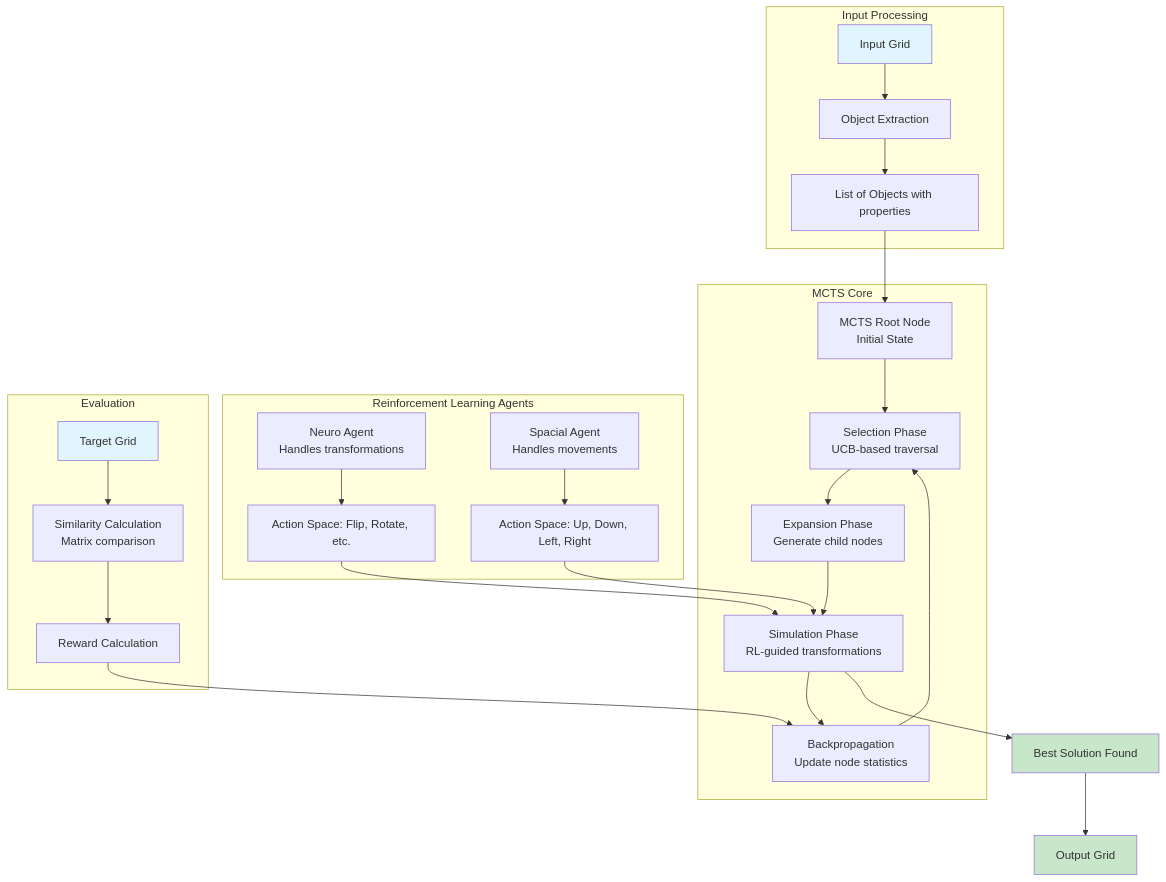
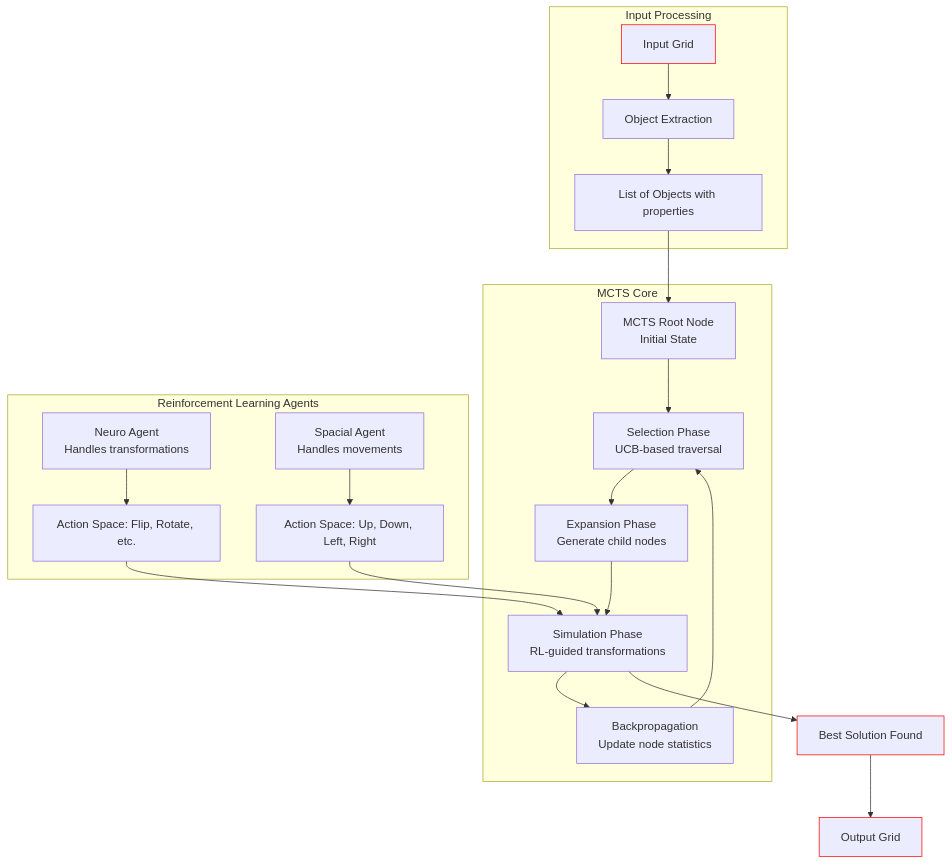
Before and after one commit to arnavam/arc-prize: the diagram in README.md, drawn with Mermaid. The commit also changed other lines of this file, not shown here.

````diff
--- a/README.md
+++ b/README.md
@@ -28,39 +28,67 @@
 ```mermaid
 
+  
+
 graph TB
-    subgraph "Input Processing"
-        A[Input Grid] --> B[Object Extraction]
-        B --> C[List of Objects with properties]
-    end
 
-    subgraph "MCTS Core"
-        D[MCTS Root Node<br/>Initial State] --> E[Selection Phase<br/>UCB-based traversal]
-        E --> F[Expansion Phase<br/>Generate child nodes]
-        F --> G[Simulation Phase<br/>RL-guided transformations]
-        G --> H[Backpropagation<br/>Update node statistics]
-        H --> E
-    end
+subgraph "Input Processing"
 
-    subgraph "Reinforcement Learning Agents"
-        I[Neuro Agent<br/>Handles transformations] --> J[Action Space: Flip, Rotate, etc.]
-        K[Spacial Agent<br/>Handles movements] --> L[Action Space: Up, Down, Left, Right]
-    end
+A[Input Grid] --> B[Object Extraction]
 
-    subgraph "Evaluation"
-        M[Target Grid] --> N[Similarity Calculation<br/>Matrix comparison]
-        N --> O[Reward Calculation]
-    end
+B --> C[List of Objects with properties]
 
-    C --> D
-    J --> G
-    L --> G
-    O --> H
-    
-    G --> P[Best Solution Found]
-    P --> Q[Output Grid]
+end
 
-    style A fill:#e1f5fe
-    style M fill:#e1f5fe
-    style P fill:#c8e6c9
-    style Q fill:#c8e6c9
+  
+
+subgraph "MCTS Core"
+
+D[MCTS Root Node<br/>Initial State] --> E[Selection Phase<br/>UCB-based traversal]
+
+E --> F[Expansion Phase<br/>Generate child nodes]
+
+F --> G[Simulation Phase<br/>RL-guided transformations]
+
+G --> H[Backpropagation<br/>Update node statistics]
+
+H --> E
+
+end
+
+  
+
+subgraph "Reinforcement Learning Agents"
+
+I[Neuro Agent<br/>Handles transformations] --> J[Action Space: Flip, Rotate, etc.]
+
+K[Spacial Agent<br/>Handles movements] --> L[Action Space: Up, Down, Left, Right]
+
+end
+
+  
+
+
+
+C --> D
+
+J --> G
+
+L --> G
+
+
+
+G --> P[Best Solution Found]
+
+P --> Q[Output Grid]
+
+  
+
+style A stroke:#ff0000
+
+
+
+style P stroke:#ff0000
+
+style Q stroke:#ff0000
+
 ```
````
